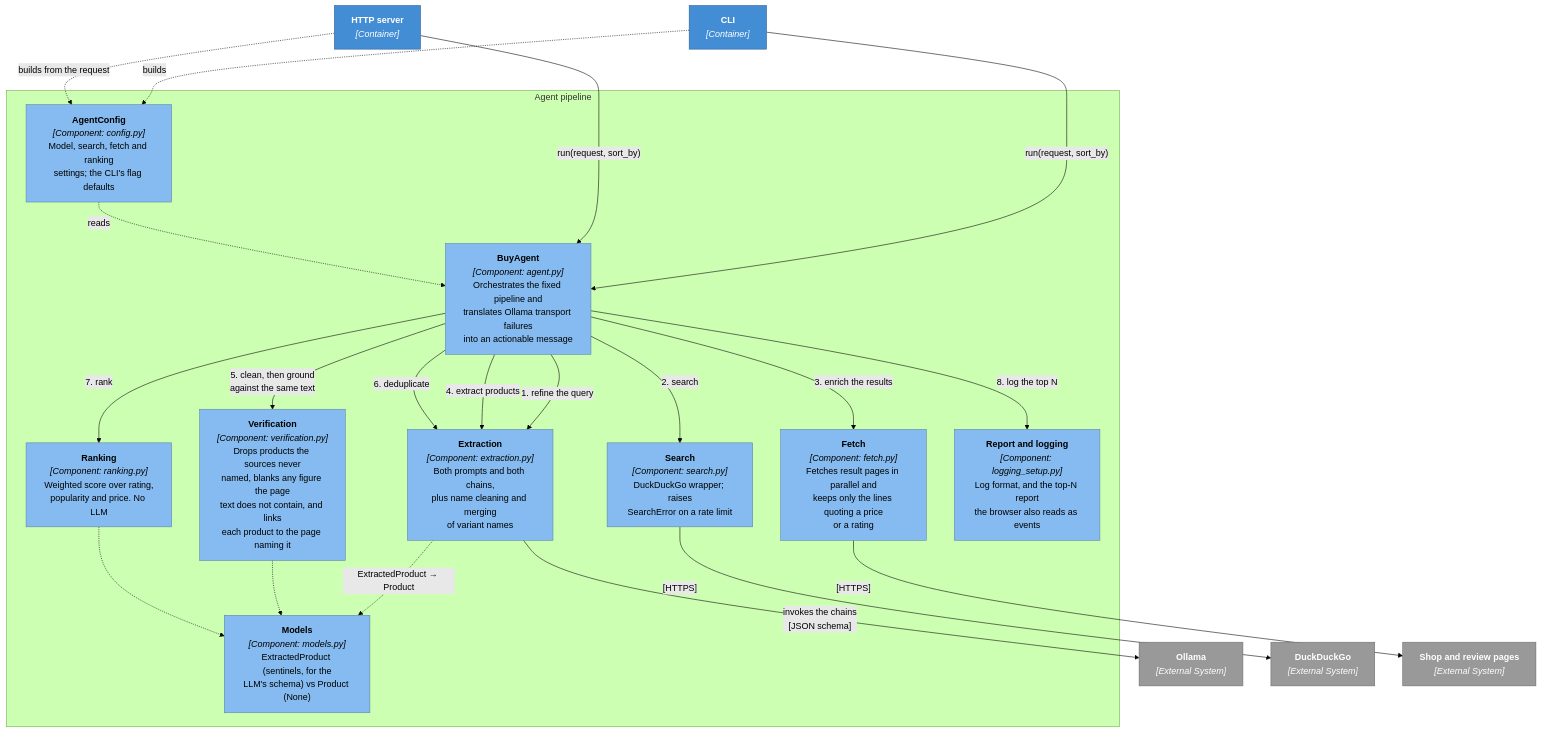
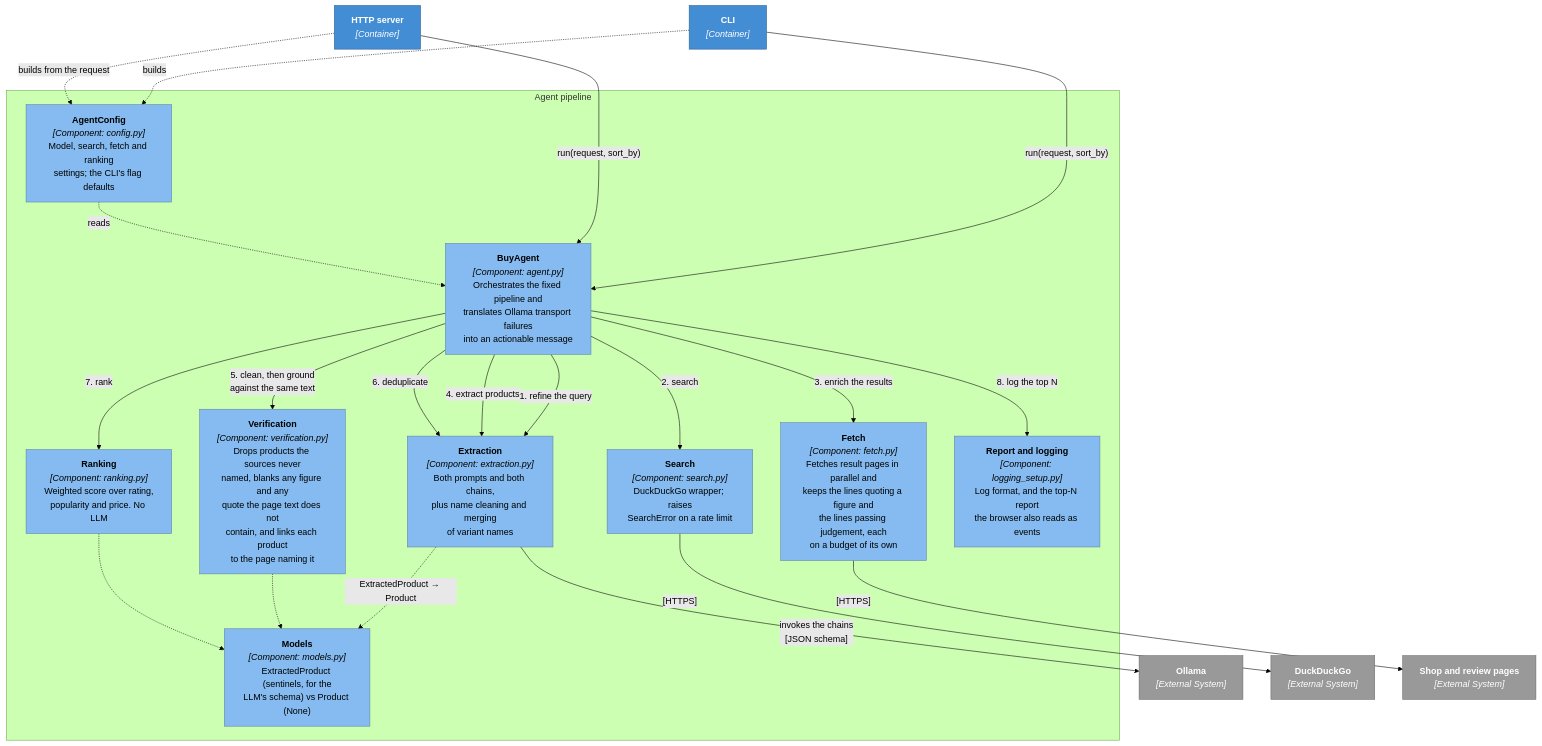
Before and after one commit to adamw7/buy_agent: the third of 5 diagrams in docs/architecture.md, drawn with Mermaid (forest theme). The commit also changed other lines of this file and 27 other files, not shown here.

````diff
--- a/docs/architecture.md
+++ b/docs/architecture.md
@@ -100,50 +100,50 @@
 ```mermaid
 graph TB
     cli["<b>CLI</b><br/><i>[Container]</i>"]
     server["<b>HTTP server</b><br/><i>[Container]</i>"]
 
     subgraph pipeline["Agent pipeline"]
         agent["<b>BuyAgent</b><br/><i>[Component: agent.py]</i><br/>Orchestrates the fixed pipeline and<br/>translates Ollama transport failures<br/>into an actionable message"]
         config["<b>AgentConfig</b><br/><i>[Component: config.py]</i><br/>Model, search, fetch and ranking<br/>settings; the CLI's flag defaults"]
         extraction["<b>Extraction</b><br/><i>[Component: extraction.py]</i><br/>Both prompts and both chains,<br/>plus name cleaning and merging<br/>of variant names"]
         search["<b>Search</b><br/><i>[Component: search.py]</i><br/>DuckDuckGo wrapper; raises<br/>SearchError on a rate limit"]
-        fetch["<b>Fetch</b><br/><i>[Component: fetch.py]</i><br/>Fetches result pages in parallel and<br/>keeps only the lines quoting a price<br/>or a rating"]
-        verification["<b>Verification</b><br/><i>[Component: verification.py]</i><br/>Drops products the sources never<br/>named, blanks any figure the page<br/>text does not contain, and links<br/>each product to the page naming it"]
+        fetch["<b>Fetch</b><br/><i>[Component: fetch.py]</i><br/>Fetches result pages in parallel and<br/>keeps the lines quoting a figure and<br/>the lines passing judgement, each<br/>on a budget of its own"]
+        verification["<b>Verification</b><br/><i>[Component: verification.py]</i><br/>Drops products the sources never<br/>named, blanks any figure and any<br/>quote the page text does not<br/>contain, and links each product<br/>to the page naming it"]
         ranking["<b>Ranking</b><br/><i>[Component: ranking.py]</i><br/>Weighted score over rating,<br/>popularity and price. No LLM"]
         models["<b>Models</b><br/><i>[Component: models.py]</i><br/>ExtractedProduct (sentinels, for the<br/>LLM's schema) vs Product (None)"]
         logsetup["<b>Report and logging</b><br/><i>[Component: logging_setup.py]</i><br/>Log format, and the top-N report<br/>the browser also reads as events"]
     end
 
     ollama["<b>Ollama</b><br/><i>[External System]</i>"]
     ddg["<b>DuckDuckGo</b><br/><i>[External System]</i>"]
     shops["<b>Shop and review pages</b><br/><i>[External System]</i>"]
 
     cli -->|"run(request, sort_by)"| agent
     server -->|"run(request, sort_by)"| agent
     cli -.->|"builds"| config
     server -.->|"builds from the request"| config
     config -.->|"reads"| agent
 
     agent -->|"1. refine the query"| extraction
     agent -->|"2. search"| search
     agent -->|"3. enrich the results"| fetch
     agent -->|"4. extract products"| extraction
     agent -->|"5. clean, then ground<br/>against the same text"| verification
     agent -->|"6. deduplicate"| extraction
     agent -->|"7. rank"| ranking
     agent -->|"8. log the top N"| logsetup
 
     extraction -->|"invokes the chains<br/>[JSON schema]"| ollama
     search -->|"[HTTPS]"| ddg
     fetch -->|"[HTTPS]"| shops
     extraction -.->|"ExtractedProduct → Product"| models
     verification -.-> models
     ranking -.-> models
 
     classDef container fill:#438dd5,stroke:#2e6295,color:#fff
     classDef component fill:#85bbf0,stroke:#5d82a8,color:#000
     classDef external fill:#999,stroke:#6b6b6b,color:#fff
     class cli,server container
     class agent,config,extraction,search,fetch,verification,ranking,models,logsetup component
     class ollama,ddg,shops external
 ```
````
